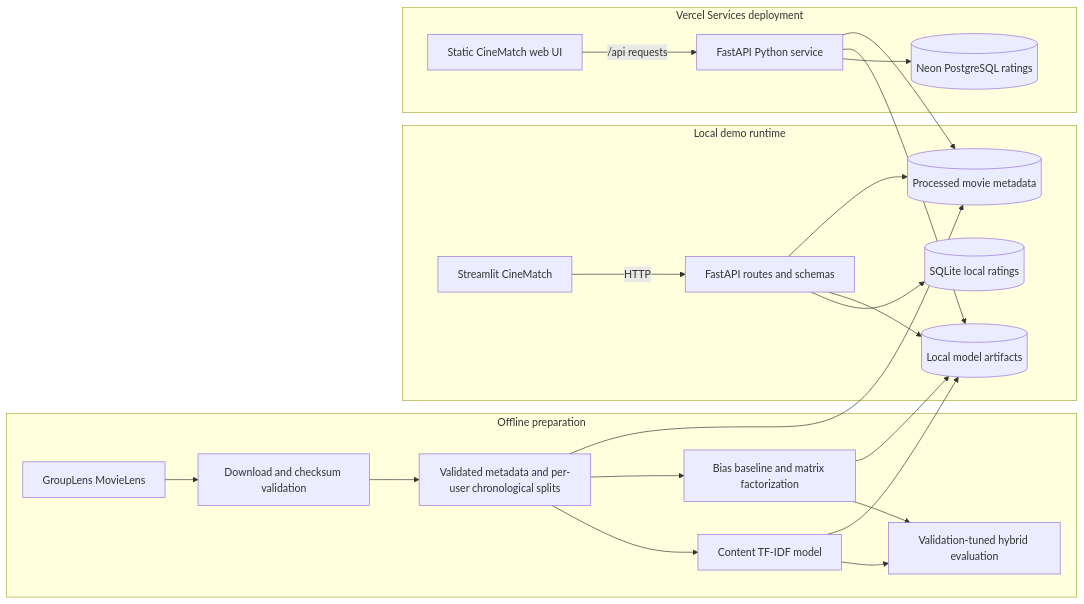
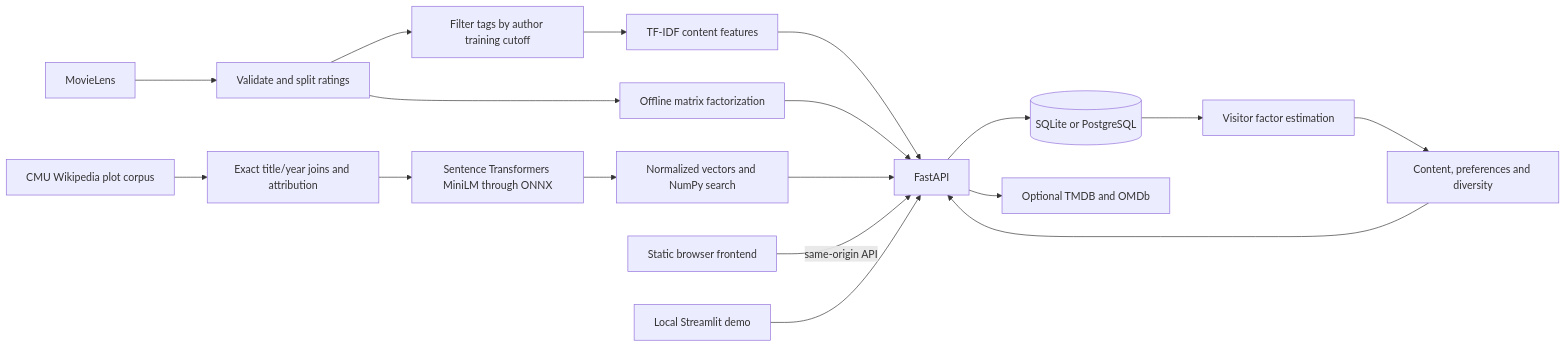
Before and after one commit to Priyanshuraj0909/Movie-content-recommendation-system: the diagram in docs/ARCHITECTURE.md, drawn with Mermaid. The commit also changed other lines of this file and 60 other files, not shown here.

````diff
--- a/docs/ARCHITECTURE.md
+++ b/docs/ARCHITECTURE.md
@@ -3,39 +3,20 @@
 ```mermaid
 flowchart LR
-  subgraph Prepare[Offline preparation]
-    ML[GroupLens MovieLens]
-    DL[Download and checksum validation]
-    SPLIT[Validated metadata and per-user chronological splits]
-    TFIDF[Content TF-IDF model]
-    MF[Bias baseline and matrix factorization]
-    BLEND[Validation-tuned hybrid evaluation]
-    ML --> DL --> SPLIT
-    SPLIT --> TFIDF
-    SPLIT --> MF
-    TFIDF --> BLEND
-    MF --> BLEND
-  end
-  subgraph Demo[Local demo runtime]
-    UI[Streamlit CineMatch]
-    API[FastAPI routes and schemas]
-    RATINGS[(SQLite local ratings)]
-    MODELS[(Local model artifacts)]
-    MOVIES[(Processed movie metadata)]
-    UI -->|HTTP| API
-    API --> RATINGS
-    API --> MODELS
-    API --> MOVIES
-  end
-  SPLIT --> MOVIES
-  TFIDF --> MODELS
-  MF --> MODELS
-  subgraph Hosted[Vercel Services deployment]
-    WEB[Static CineMatch web UI]
-    VAPI[FastAPI Python service]
-    DB[(Neon PostgreSQL ratings)]
-    WEB -->|/api requests| VAPI
-    VAPI --> DB
-    VAPI --> MODELS
-    VAPI --> MOVIES
-  end
+  ML[MovieLens] --> V[Validate and split ratings]
+  V --> TAG[Filter tags by author training cutoff]
+  TAG --> TF[TF-IDF content features]
+  V --> MF[Offline matrix factorization]
+  CMU[CMU Wikipedia plot corpus] --> JOIN[Exact title/year joins and attribution]
+  JOIN --> EMB[Sentence Transformers MiniLM through ONNX]
+  EMB --> IDX[Normalized vectors and NumPy search]
+  TF --> API[FastAPI]
+  MF --> API
+  IDX --> API
+  WEB[Static browser frontend] -->|same-origin API| API
+  ST[Local Streamlit demo] --> API
+  API --> DB[(SQLite or PostgreSQL)]
+  DB --> FOLD[Visitor factor estimation]
+  FOLD --> RANK[Content, preferences and diversity]
+  RANK --> API
+  API --> EXT[Optional TMDB and OMDb]
 ```
````
